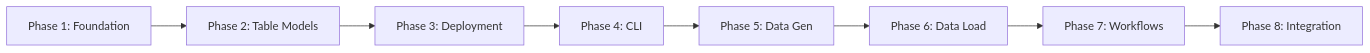
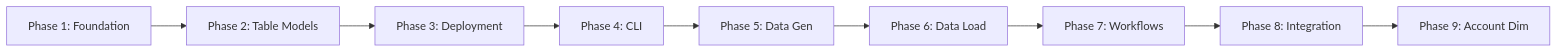
One commit to akhilarsh/ecommerce_dwh changed the diagram in plans/README.md. Above: the diagram before and after it, drawn with Mermaid. The commit also changed other lines of this file and 7 other files, not shown here.

````diff
--- a/plans/README.md
+++ b/plans/README.md
@@ -24,10 +25,11 @@
 ```mermaid
 flowchart LR
     P1[Phase 1: Foundation] --> P2[Phase 2: Table Models]
     P2 --> P3[Phase 3: Deployment]
     P3 --> P4[Phase 4: CLI]
     P4 --> P5[Phase 5: Data Gen]
     P5 --> P6[Phase 6: Data Load]
     P6 --> P7[Phase 7: Workflows]
     P7 --> P8[Phase 8: Integration]
+    P8 --> P9[Phase 9: Account Dim]
 ```
````
